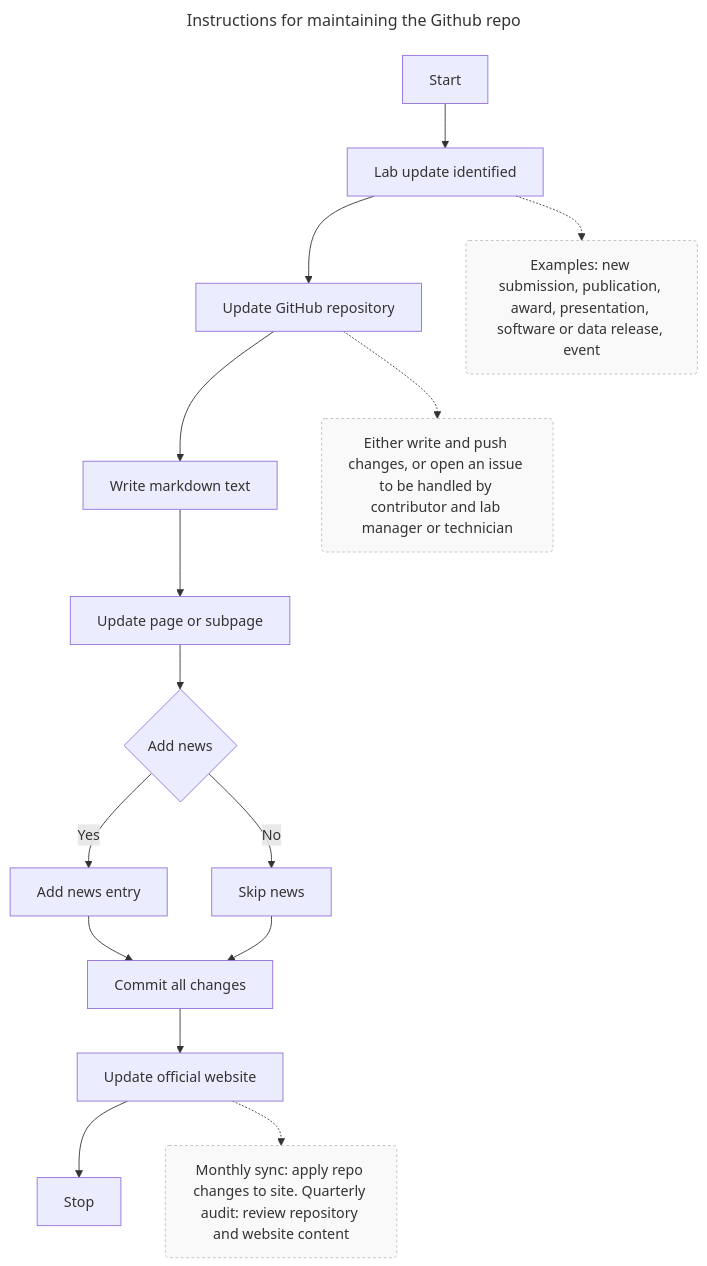
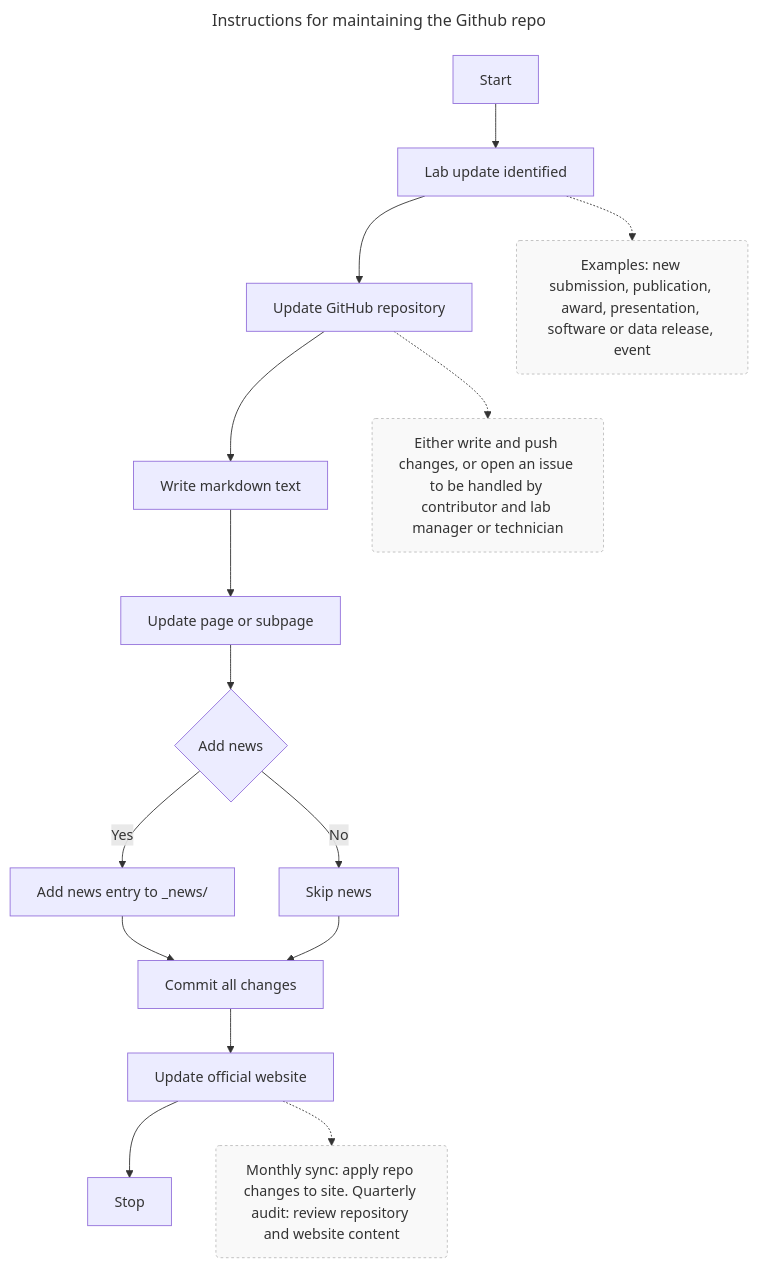
One commit to luquelab/test_webpage changed the diagram in README.md. Above: the diagram before and after it, drawn with Mermaid. The commit also changed other lines of this file and 1 other file, not shown here.

Commit message:
+ migration report

````diff
--- a/README.md
+++ b/README.md
@@ -15,30 +15,30 @@
 ```mermaid
 ---
 title: Instructions for maintaining the Github repo
 ---
 flowchart TD
   %% Minimal, vertical, readable
 
   A["Start"] --> B["Lab update identified"]
   B --> C["Update GitHub repository"]
   C --> D["Write markdown text"]
   D --> E["Update page or subpage"]
 
   E --> J{"Add news"}
-  J -- "Yes" --> F["Add news entry"]
+  J -- "Yes" --> F["Add news entry to _news/"]
   J -- "No"  --> G["Skip news"]
   F --> H["Commit all changes"]
   G --> H
 
   H --> I["Update official website"]
   I --> Z["Stop"]
 
   %% Right side notes
   B -.-> N1["Examples: new submission, publication, award, presentation, software or data release, event"]
   C -.-> N2["Either write and push changes, or open an issue to be handled by contributor and lab manager or technician"]
   I -.-> N3["Monthly sync: apply repo changes to site. Quarterly audit: review repository and website content"]
 
   %% Note style
   classDef note fill:#f9f9f9,stroke:#bdbdbd,color:#333,stroke-dasharray: 3 3,rx:4,ry:4;
   class N1,N2,N3 note;
 ```
````
